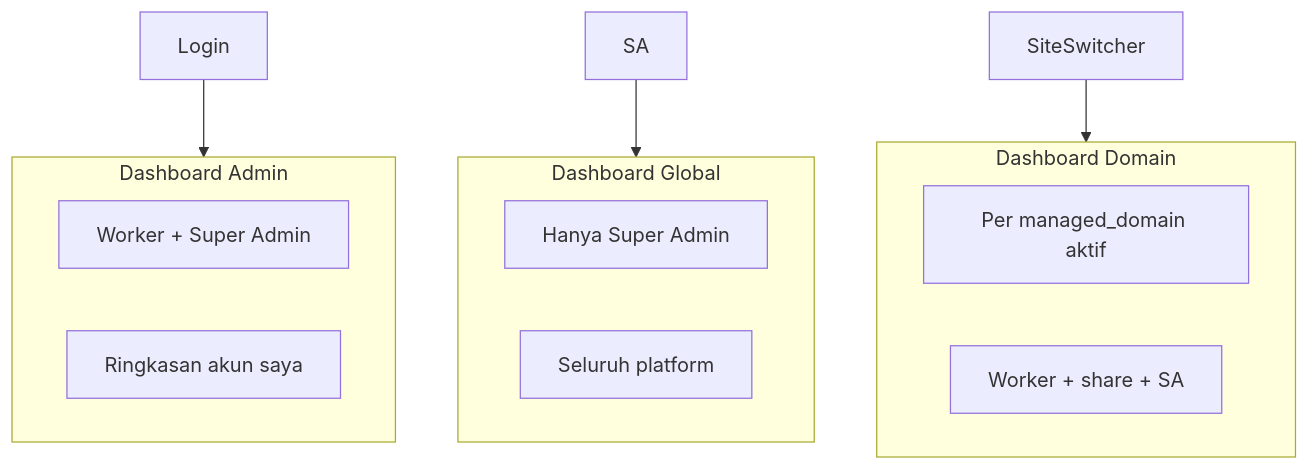
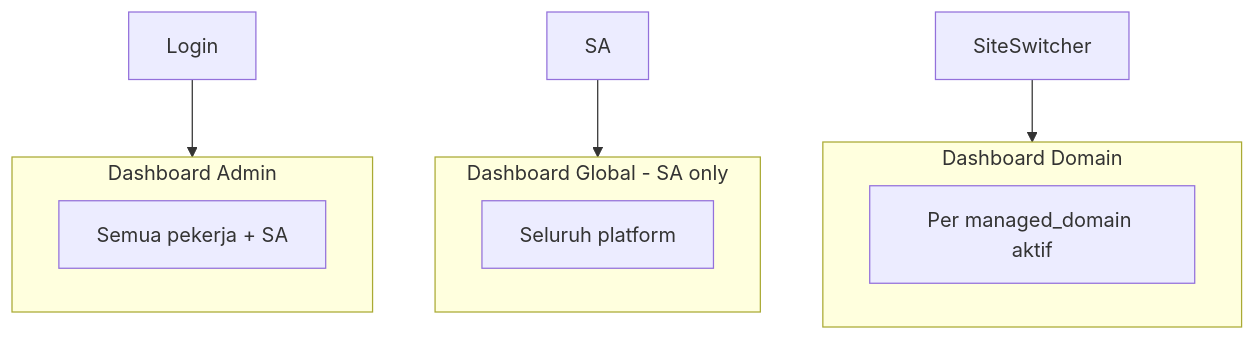
Before and after one commit to WBetEngine/Seosementara: the diagram in Plan/27-admin-panel-desain-ui-navigasi.md, drawn with Mermaid. The commit also changed other lines of this file and 3 other files, not shown here.

````diff
--- a/Plan/27-admin-panel-desain-ui-navigasi.md
+++ b/Plan/27-admin-panel-desain-ui-navigasi.md
@@ -24,18 +34,15 @@
 ```mermaid
 flowchart TB
-  subgraph global [Dashboard Global]
-    G1[Hanya Super Admin]
-    G2[Seluruh platform]
+  subgraph global [Dashboard Global - SA only]
+    G1[Seluruh platform]
   end
   subgraph admin [Dashboard Admin]
-    A1[Worker + Super Admin]
-    A2[Ringkasan akun saya]
+    A1[Semua pekerja + SA]
   end
   subgraph domain [Dashboard Domain]
     D1[Per managed_domain aktif]
-    D2[Worker + share + SA]
   end
   Login --> admin
   SA --> global
   SiteSwitcher --> domain
 ```
````
